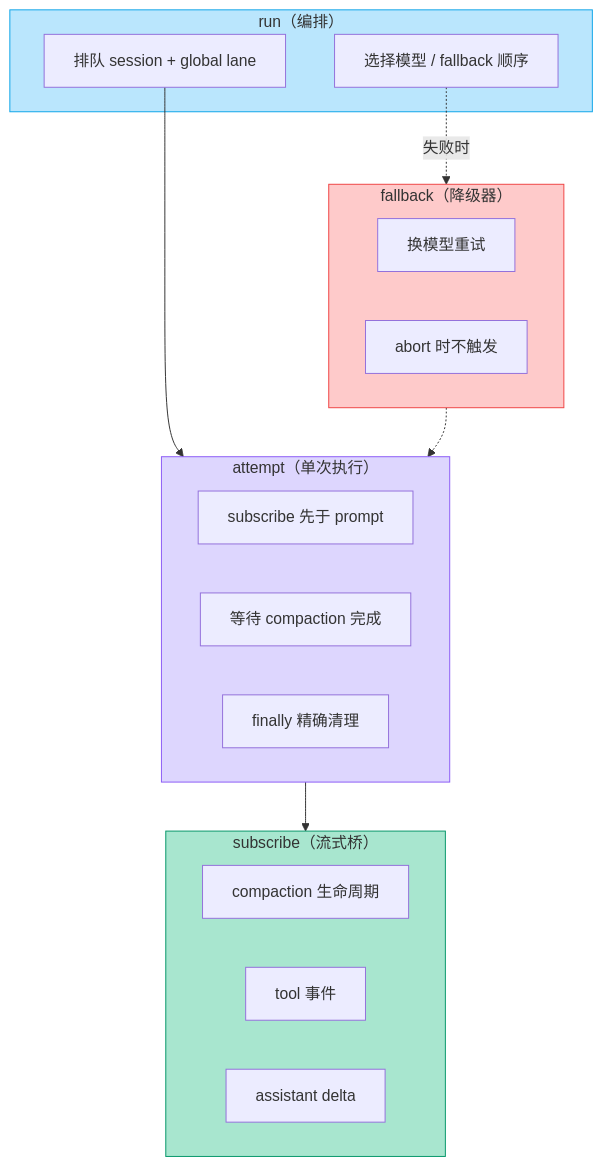
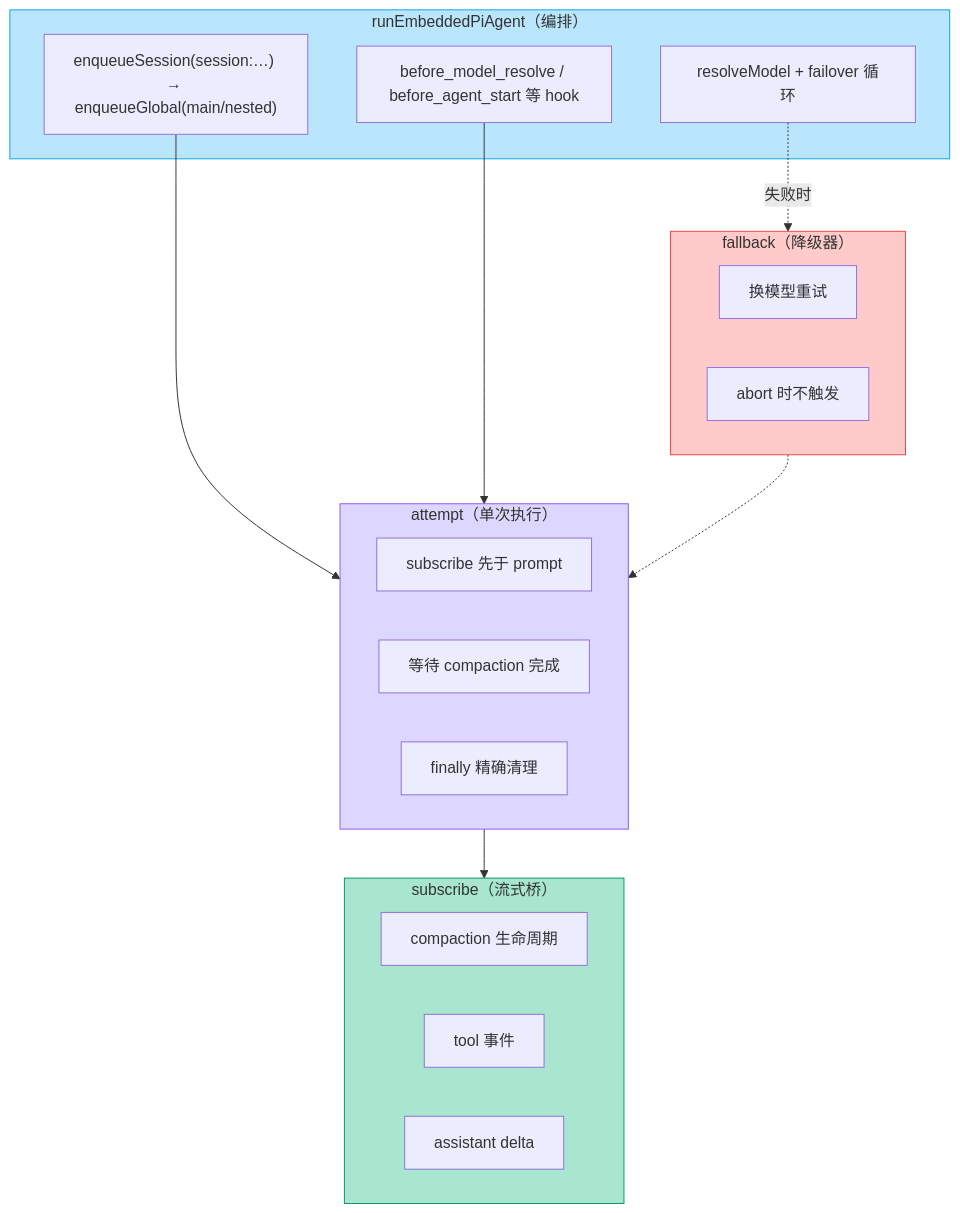
The fourth of 9 diagrams in AI/openClaw/OpenClaw源码学习笔记.md (shinegz/Notes), drawn with Mermaid before and after one commit. The commit also changed other lines of this file and 85 other files, not shown here.

````diff
--- a/AI/openClaw/OpenClaw源码学习笔记.md
+++ b/AI/openClaw/OpenClaw源码学习笔记.md
@@ -511,29 +458,31 @@
 ```mermaid
 flowchart TB
-  subgraph run["run（编排）"]
-    R1["排队 session + global lane"]
-    R2["选择模型 / fallback 顺序"]
+  subgraph run["runEmbeddedPiAgent（编排）"]
+    R1["enqueueSession(session:…) → enqueueGlobal(main/nested)"]
+    R2["before_model_resolve / before_agent_start 等 hook"]
+    R3["resolveModel + failover 循环"]
   end
   subgraph attempt["attempt（单次执行）"]
     A1["subscribe 先于 prompt"]
     A2["等待 compaction 完成"]
     A3["finally 精确清理"]
   end
   subgraph sub["subscribe（流式桥）"]
     S1["compaction 生命周期"]
     S2["tool 事件"]
     S3["assistant delta"]
   end
   subgraph fb["fallback（降级器）"]
     F1["换模型重试"]
     F2["abort 时不触发"]
   end
   R1 --> attempt
-  R2 -.->|失败时| fb
+  R2 --> attempt
+  R3 -.->|失败时| fb
   fb -.-> attempt
   attempt --> sub
   style run fill:#bae6fd,stroke:#0ea5e9
   style attempt fill:#ddd6fe,stroke:#8b5cf6
   style sub fill:#a8e6cf,stroke:#059669
   style fb fill:#fecaca,stroke:#ef4444
 ```
````
